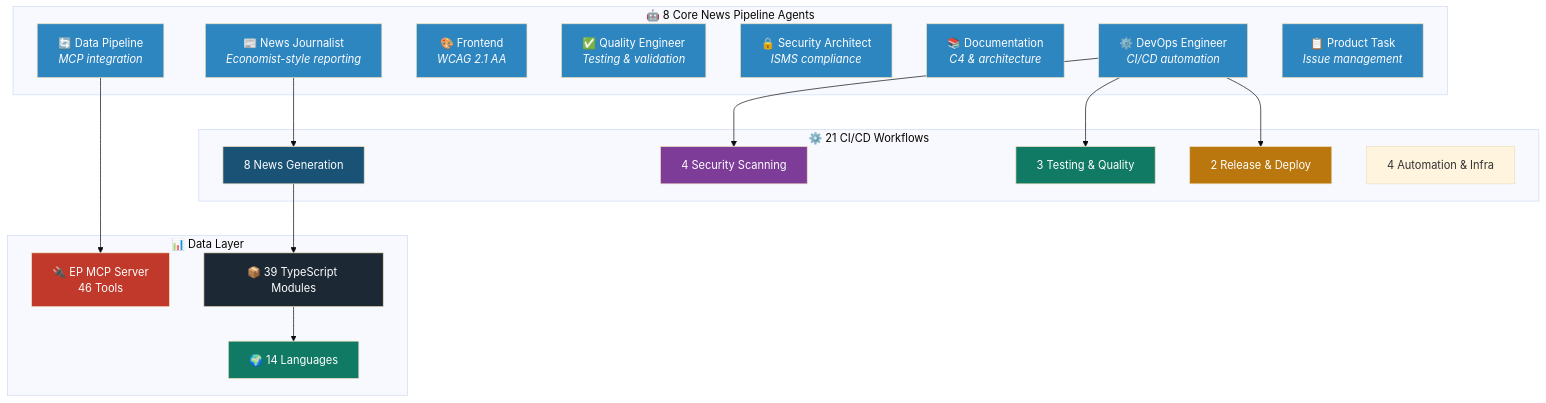
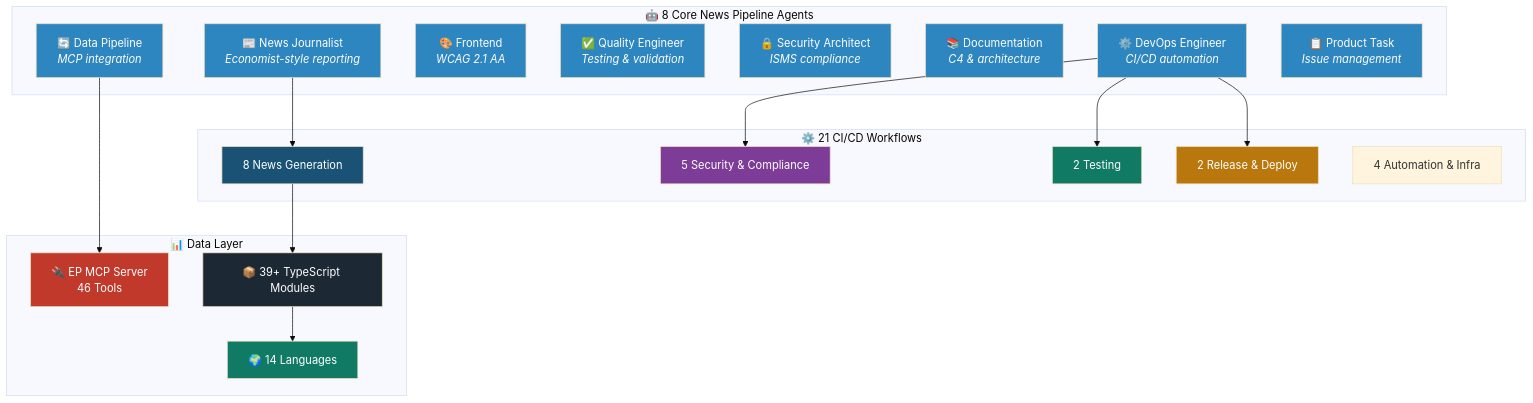
Before and after one commit to Hack23/euparliamentmonitor: the second of 4 diagrams in README.md, drawn with Mermaid (base theme). The commit also changed other lines of this file, not shown here.

Commit message:
Align chart baseline to ~44, soften TS module count, fix workflow breakdown for slsa-provenance

````diff
--- a/README.md
+++ b/README.md
@@ -835,48 +835,48 @@
 ```mermaid
 graph TB
     subgraph "🤖 8 Core News Pipeline Agents"
         A1["📰 News Journalist<br/><i>Economist-style reporting</i>"]
         A2["🔄 Data Pipeline<br/><i>MCP integration</i>"]
         A3["🎨 Frontend<br/><i>WCAG 2.1 AA</i>"]
         A4["✅ Quality Engineer<br/><i>Testing & validation</i>"]
         A5["🔒 Security Architect<br/><i>ISMS compliance</i>"]
         A6["📚 Documentation<br/><i>C4 & architecture</i>"]
         A7["⚙️ DevOps Engineer<br/><i>CI/CD automation</i>"]
         A8["📋 Product Task<br/><i>Issue management</i>"]
     end
 
     subgraph "⚙️ 21 CI/CD Workflows"
         W1["8 News Generation"]
-        W2["4 Security Scanning"]
-        W3["3 Testing & Quality"]
+        W2["5 Security & Compliance"]
+        W3["2 Testing"]
         W4["2 Release & Deploy"]
         W5["4 Automation & Infra"]
     end
 
     subgraph "📊 Data Layer"
         MCP["🔌 EP MCP Server<br/>46 Tools"]
-        TS["📦 39 TypeScript Modules"]
+        TS["📦 39+ TypeScript Modules"]
         L14["🌍 14 Languages"]
     end
 
     A1 --> W1
     A2 --> MCP
     A7 --> W2 & W3 & W4
     W1 --> TS --> L14
 
     style A1 fill:#2e86c1,color:#fff
     style A2 fill:#2e86c1,color:#fff
     style A3 fill:#2e86c1,color:#fff
     style A4 fill:#2e86c1,color:#fff
     style A5 fill:#2e86c1,color:#fff
     style A6 fill:#2e86c1,color:#fff
     style A7 fill:#2e86c1,color:#fff
     style A8 fill:#2e86c1,color:#fff
     style W1 fill:#1a5276,color:#fff
     style W2 fill:#7d3c98,color:#fff
     style W3 fill:#117a65,color:#fff
     style W4 fill:#b9770e,color:#fff
     style MCP fill:#c0392b,color:#fff
     style TS fill:#1c2833,color:#fff
     style L14 fill:#117a65,color:#fff
 ```
````
